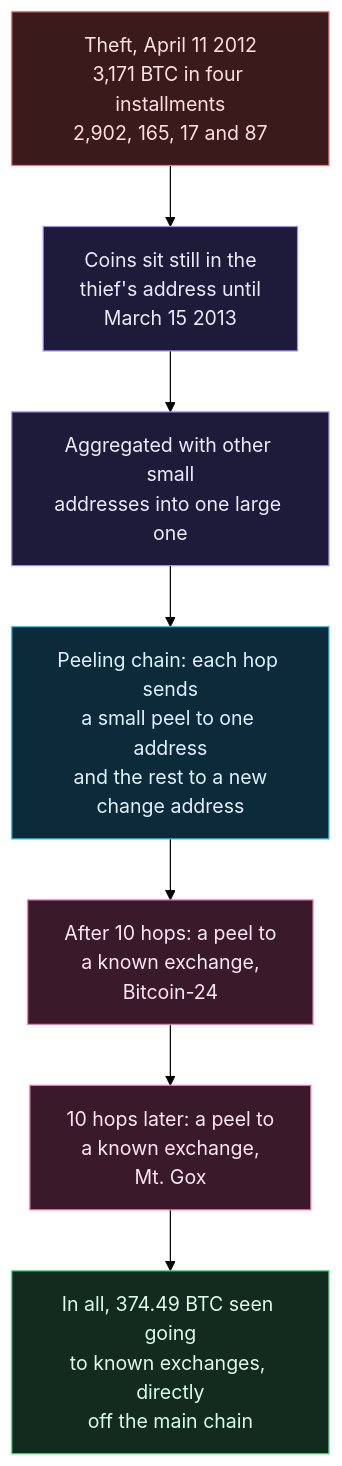
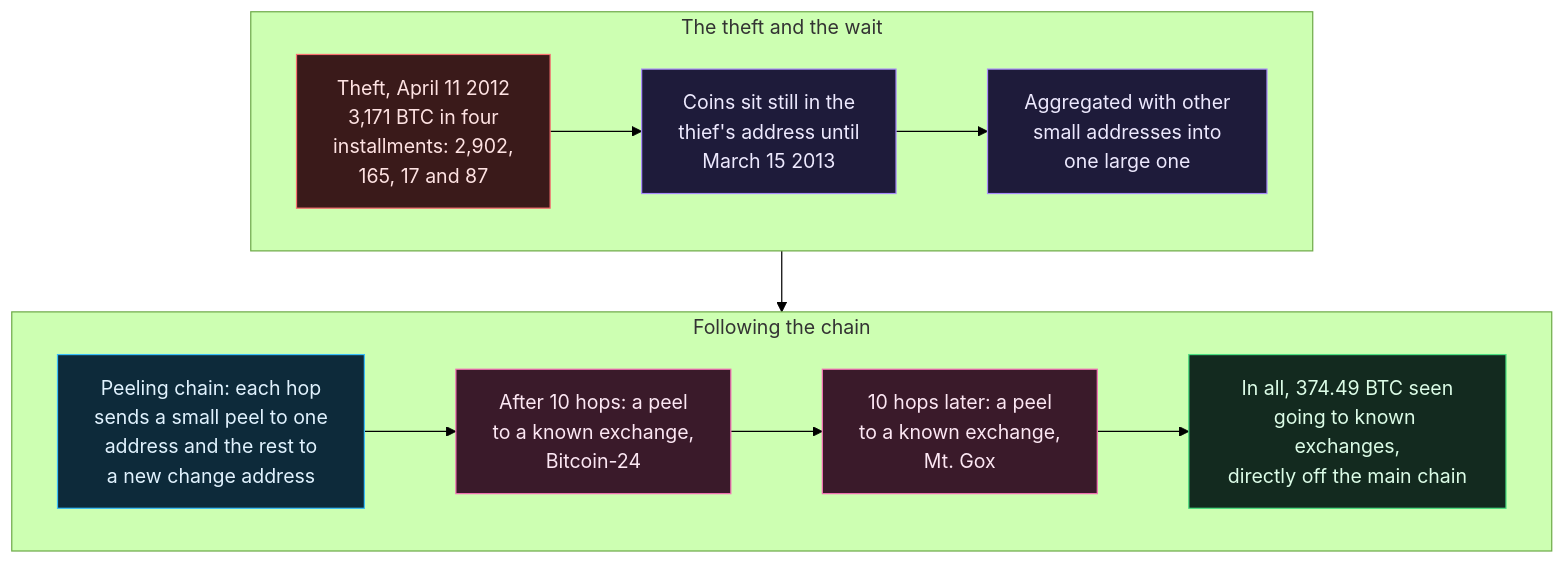
Before and after one commit to ChiefGyk3D/Clouds-Against-Humanity: the fifth of 5 diagrams in docs/wiki/How-Bitcoin-Works-Keys-UTXOs-Mining-and-Why-It-Is-Pseudonymous-and-Traceable.md, drawn with Mermaid (forest theme). The commit also changed other lines of this file and 6 other files, not shown here.

Commit message:
docs: American spelling, shorter alt text, wide diagram layouts and a folded sidebar group for the Bitcoin lesson (#397)

````diff
--- a/docs/wiki/How-Bitcoin-Works-Keys-UTXOs-Mining-and-Why-It-Is-Pseudonymous-and-Traceable.md
+++ b/docs/wiki/How-Bitcoin-Works-Keys-UTXOs-Mining-and-Why-It-Is-Pseudonymous-and-Traceable.md
@@ -332,17 +336,25 @@
 ```mermaid
 flowchart TB
-    t["Theft, April 11 2012<br/>3,171 BTC in four installments<br/>2,902, 165, 17 and 87"]:::victim
-    w["Coins sit still in the<br/>thief's address until<br/>March 15 2013"]:::plain
-    ag["Aggregated with other small<br/>addresses into one large one"]:::plain
-    p1["Peeling chain: each hop sends<br/>a small peel to one address<br/>and the rest to a new<br/>change address"]:::trace
-    e1["After 10 hops: a peel to<br/>a known exchange,<br/>Bitcoin-24"]:::tag
-    e2["10 hops later: a peel to<br/>a known exchange,<br/>Mt. Gox"]:::tag
-    tot["In all, 374.49 BTC seen going<br/>to known exchanges, directly<br/>off the main chain"]:::ok
-    t --> w --> ag --> p1 --> e1 --> e2 --> tot
+    subgraph s1["The theft and the wait"]
+        direction LR
+        t["Theft, April 11 2012<br/>3,171 BTC in four<br/>installments: 2,902,<br/>165, 17 and 87"]:::victim
+        w["Coins sit still in the<br/>thief's address until<br/>March 15 2013"]:::plain
+        ag["Aggregated with other<br/>small addresses into<br/>one large one"]:::plain
+        t --> w --> ag
+    end
+    subgraph s2["Following the chain"]
+        direction LR
+        p1["Peeling chain: each hop<br/>sends a small peel to one<br/>address and the rest to<br/>a new change address"]:::trace
+        e1["After 10 hops: a peel<br/>to a known exchange,<br/>Bitcoin-24"]:::tag
+        e2["10 hops later: a peel<br/>to a known exchange,<br/>Mt. Gox"]:::tag
+        tot["In all, 374.49 BTC seen<br/>going to known exchanges,<br/>directly off the main chain"]:::ok
+        p1 --> e1 --> e2 --> tot
+    end
+    s1 --> s2
 
     classDef victim fill:#3a1a1a,stroke:#f87171,color:#fee2e2
     classDef plain fill:#1e1b3a,stroke:#a78bfa,color:#ede9fe
     classDef trace fill:#0d2a3a,stroke:#38bdf8,color:#e0f2fe
     classDef tag fill:#3a1a2a,stroke:#f472b6,color:#fce7f3
     classDef ok fill:#132a1f,stroke:#4ade80,color:#dcfce7
 ```
````
